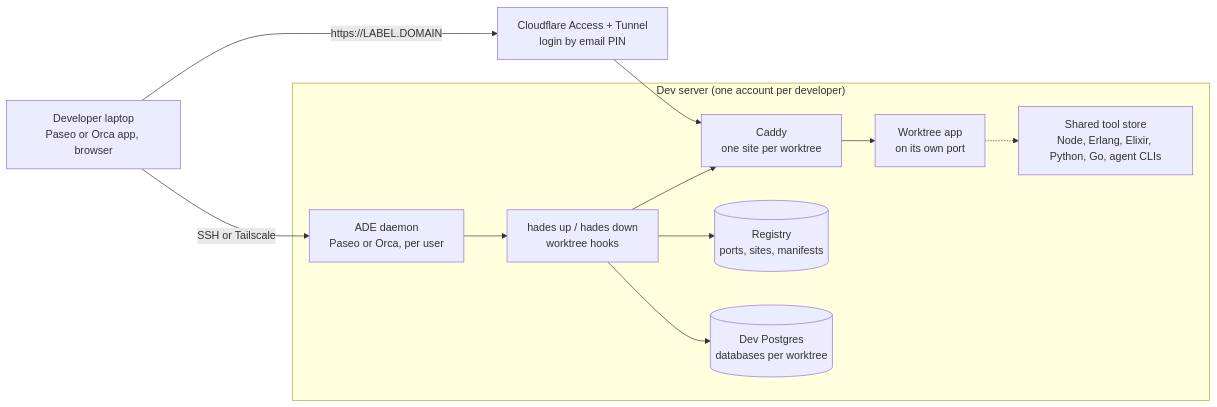
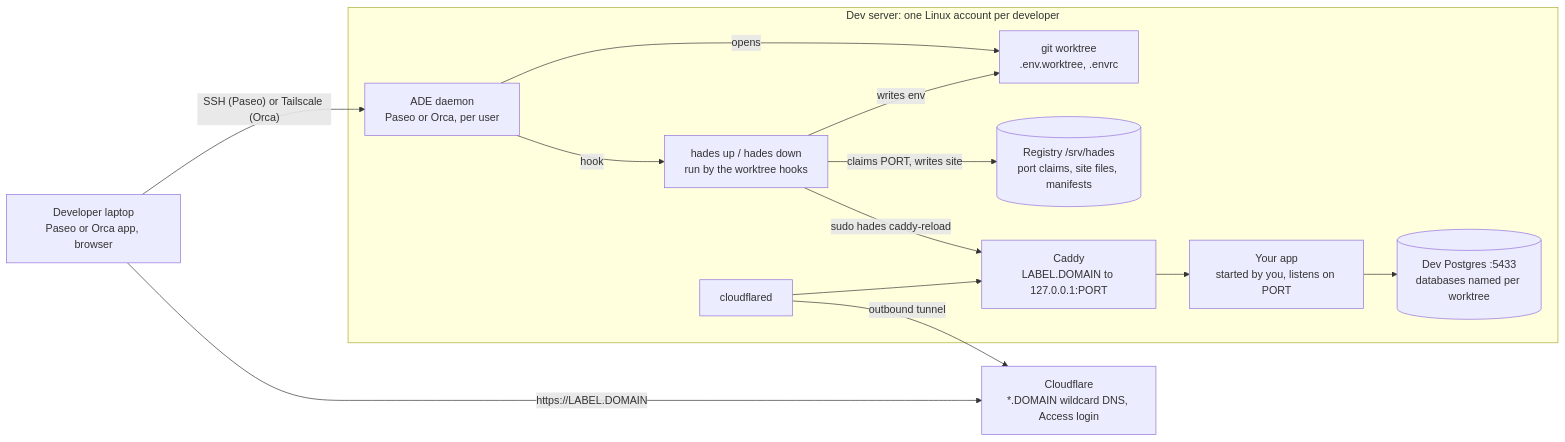
One commit to quotedo/hades changed the diagram in README.md. Above: the diagram before and after it, drawn with Mermaid. The commit also changed other lines of this file and 5 other files, not shown here.

````diff
--- a/README.md
+++ b/README.md
@@ -13,23 +16,26 @@
 ```mermaid
 flowchart LR
   laptop["Developer laptop<br/>Paseo or Orca app, browser"]
-  cf["Cloudflare Access + Tunnel<br/>login by email PIN"]
-  laptop -- "SSH or Tailscale" --> ade
+  cf["Cloudflare<br/>*.DOMAIN wildcard DNS, Access login"]
+  laptop -- "SSH (Paseo) or Tailscale (Orca)" --> ade
   laptop -- "https://LABEL.DOMAIN" --> cf
-  cf --> caddy
-  subgraph server["Dev server (one account per developer)"]
+  cfd -- "outbound tunnel" --> cf
+  subgraph server["Dev server: one Linux account per developer"]
     ade["ADE daemon<br/>Paseo or Orca, per user"]
-    cli["hades up / hades down<br/>worktree hooks"]
-    reg[("Registry<br/>ports, sites, manifests")]
-    pg[("Dev Postgres<br/>databases per worktree")]
-    caddy["Caddy<br/>one site per worktree"]
-    app["Worktree app<br/>on its own port"]
-    store["Shared tool store<br/>Node, Erlang, Elixir, Python, Go, agent CLIs"]
-    ade --> cli
-    cli --> reg
-    cli --> pg
-    cli --> caddy
+    wt["git worktree<br/>.env.worktree, .envrc"]
+    cli["hades up / hades down<br/>run by the worktree hooks"]
+    reg[("Registry /srv/hades<br/>port claims, site files, manifests")]
+    caddy["Caddy<br/>LABEL.DOMAIN to 127.0.0.1:PORT"]
+    cfd["cloudflared"]
+    app["Your app<br/>started by you, listens on PORT"]
+    pg[("Dev Postgres :5433<br/>databases named per worktree")]
+    ade -- "opens" --> wt
+    ade -- "hook" --> cli
+    cli -- "claims PORT, writes site" --> reg
+    cli -- "writes env" --> wt
+    cli -- "sudo hades caddy-reload" --> caddy
+    cfd --> caddy
     caddy --> app
-    app -.-> store
+    app --> pg
   end
 ```
````
